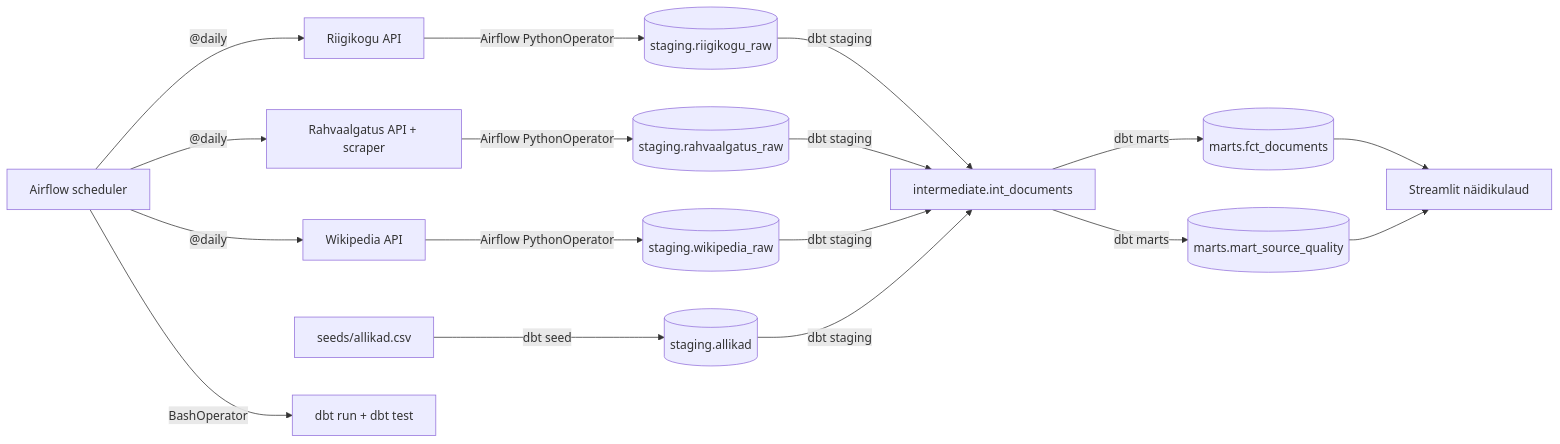
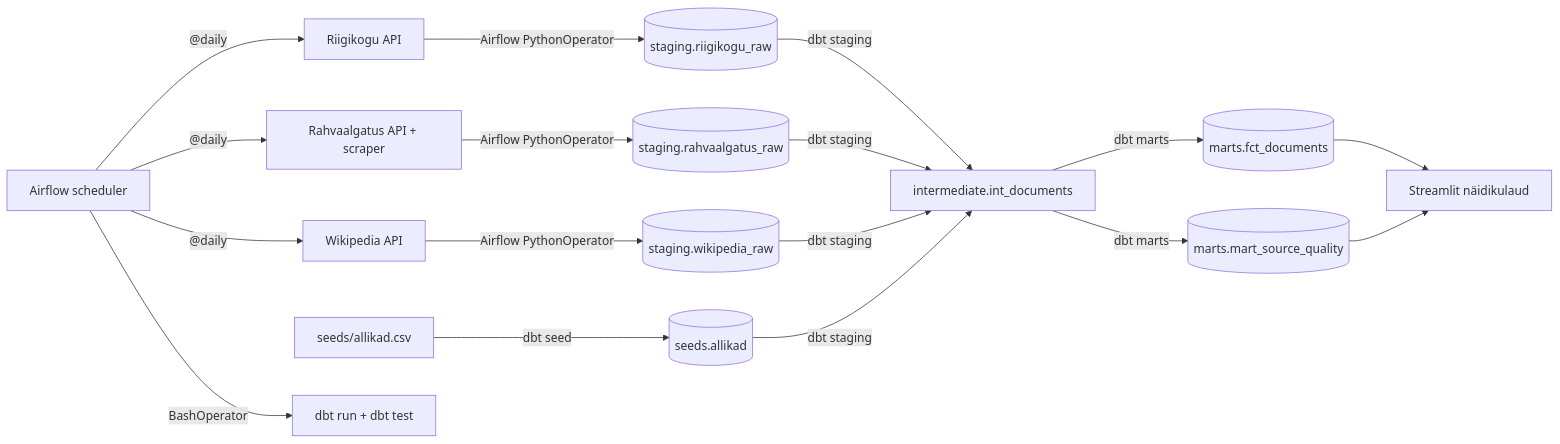
One commit to eleriaedmaa/tekstiandmete_kvaliteet changed the diagram in docs/arhitektuur.md. Above: the diagram before and after it, drawn with Mermaid.

Commit message:
Joonise uuendus

````diff
--- a/docs/arhitektuur.md
+++ b/docs/arhitektuur.md
@@ -27,24 +27,24 @@
 ```mermaid
 flowchart LR
-    csv[seeds/allikad.csv] -->|dbt seed| allikad[(staging.allikad)]
+    csv[seeds/allikad.csv] -->|dbt seed| allikad[(seeds.allikad)]
 
     rk[Riigikogu API] -->|Airflow PythonOperator| rk_raw[(staging.riigikogu_raw)]
     ra[Rahvaalgatus API + scraper] -->|Airflow PythonOperator| ra_raw[(staging.rahvaalgatus_raw)]
     wp[Wikipedia API] -->|Airflow PythonOperator| wp_raw[(staging.wikipedia_raw)]
 
     rk_raw -->|dbt staging| int[intermediate.int_documents]
     ra_raw -->|dbt staging| int
     wp_raw -->|dbt staging| int
     allikad -->|dbt staging| int
 
     int -->|dbt marts| fct[(marts.fct_documents)]
     int -->|dbt marts| quality[(marts.mart_source_quality)]
 
     fct --> dashboard[Streamlit näidikulaud]
     quality --> dashboard
 
     airflow[Airflow scheduler] -->|"@daily"| rk
     airflow -->|"@daily"| ra
     airflow -->|"@daily"| wp
     airflow -->|BashOperator| dbt[dbt run + dbt test]
 ```
````
